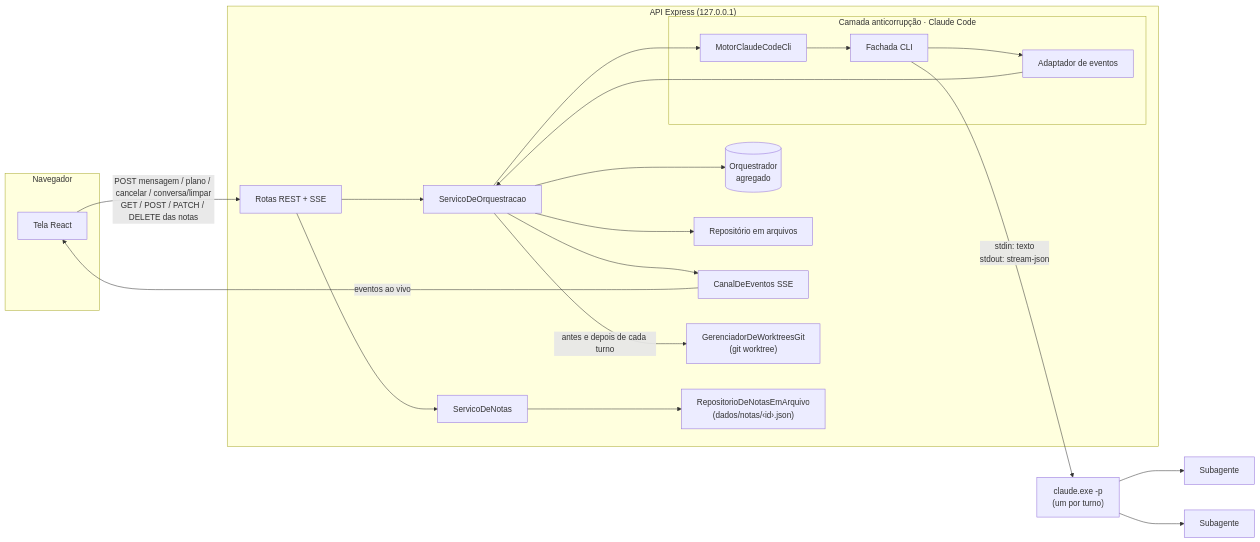
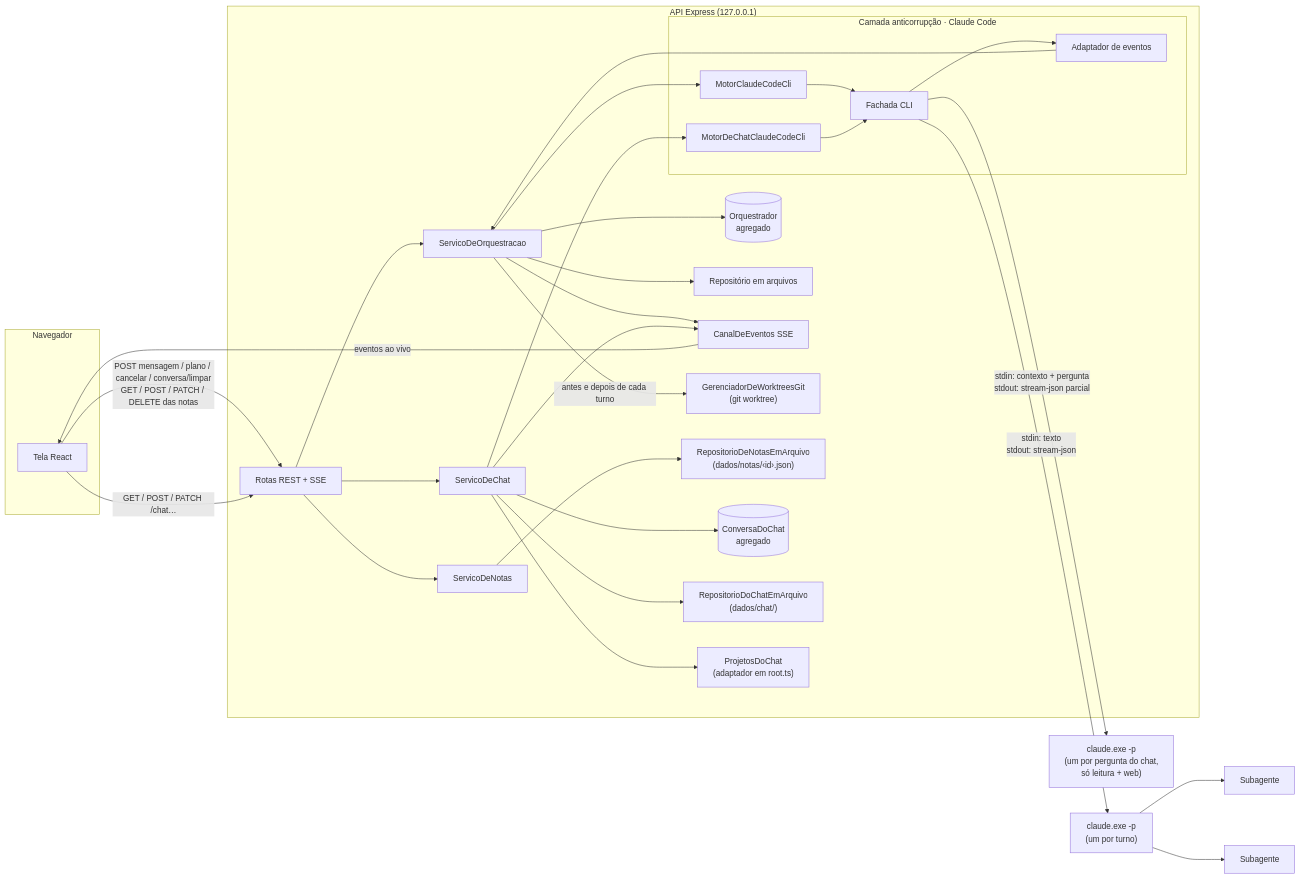
Before and after one commit to Le3Dev/orquestrador-app: the first of 2 diagrams in README.md, drawn with Mermaid. The commit also changed other lines of this file and 51 other files, not shown here.

Commit message:
feat: chat rápido com o Claude no canvas

````diff
--- a/README.md
+++ b/README.md
@@ -119,36 +136,48 @@
 ```mermaid
 flowchart LR
   subgraph Navegador
     T[Tela React]
   end
   subgraph API["API Express (127.0.0.1)"]
     R[Rotas REST + SSE]
     S[ServicoDeOrquestracao]
     O[(Orquestrador<br/>agregado)]
     Rep[Repositório em arquivos]
     C[CanalDeEventos SSE]
     W["GerenciadorDeWorktreesGit<br/>(git worktree)"]
     SN[ServicoDeNotas]
     RN["RepositorioDeNotasEmArquivo<br/>(dados/notas/‹id›.json)"]
+    SC[ServicoDeChat]
+    CV[(ConversaDoChat<br/>agregado)]
+    RC["RepositorioDoChatEmArquivo<br/>(dados/chat/)"]
+    PC["ProjetosDoChat<br/>(adaptador em root.ts)"]
     subgraph ACL["Camada anticorrupção · Claude Code"]
       M[MotorClaudeCodeCli]
+      MC[MotorDeChatClaudeCodeCli]
       A[Adaptador de eventos]
       F[Fachada CLI]
     end
   end
   CC["claude.exe -p<br/>(um por turno)"]
+  CCC["claude.exe -p<br/>(um por pergunta do chat,<br/>só leitura + web)"]
   SA1[Subagente]
   SA2[Subagente]
 
   T -- POST mensagem / plano / cancelar / conversa/limpar<br/>GET / POST / PATCH / DELETE das notas --> R
   C -- eventos ao vivo --> T
   R --> S --> O
   R --> SN --> RN
   S --> Rep
   S --> C
   S -- antes e depois de cada turno --> W
   S --> M --> F -- stdin: texto<br/>stdout: stream-json --> CC
   F --> A --> S
   CC --> SA1
   CC --> SA2
+  T -- "GET / POST / PATCH /chat…" --> R
+  R --> SC --> CV
+  SC --> RC
+  SC --> PC
+  SC --> C
+  SC --> MC --> F -- "stdin: contexto + pergunta<br/>stdout: stream-json parcial" --> CCC
 ```
````
